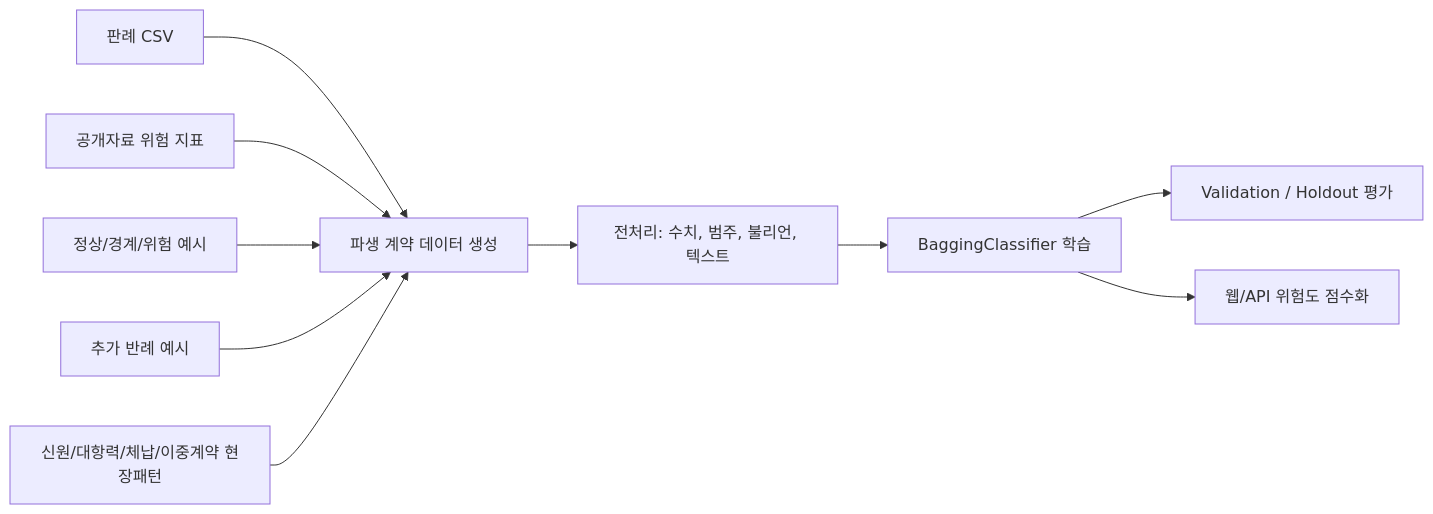
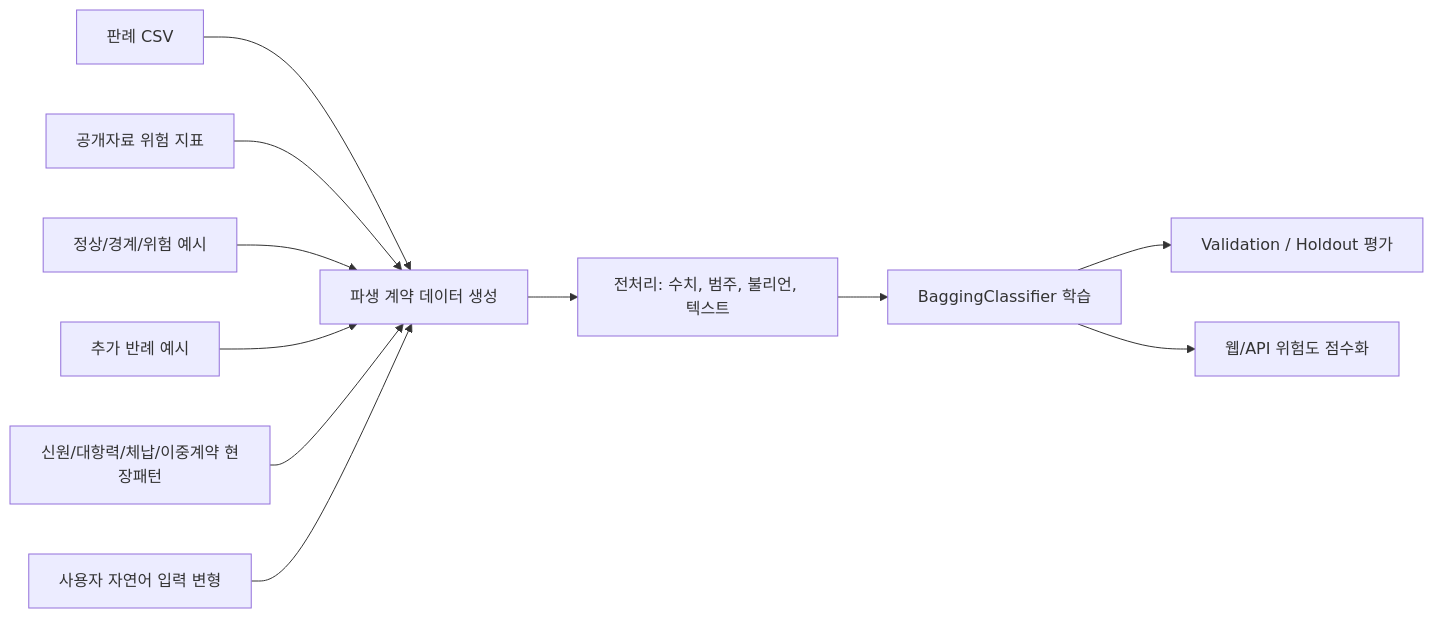
The diagram in README.md (bssm-oss/legallearn), drawn with Mermaid before and after one commit. The commit also changed other lines of this file and 15 other files, not shown here.

````diff
--- a/README.md
+++ b/README.md
@@ -160,12 +161,13 @@
 ```mermaid
 flowchart LR
   A["판례 CSV"] --> D["파생 계약 데이터 생성"]
   B["공개자료 위험 지표"] --> D
   C["정상/경계/위험 예시"] --> D
   I["추가 반례 예시"] --> D
   J["신원/대항력/체납/이중계약 현장패턴"] --> D
+  K["사용자 자연어 입력 변형"] --> D
   D --> E["전처리: 수치, 범주, 불리언, 텍스트"]
   E --> F["BaggingClassifier 학습"]
   F --> G["Validation / Holdout 평가"]
   F --> H["웹/API 위험도 점수화"]
 ```
````
